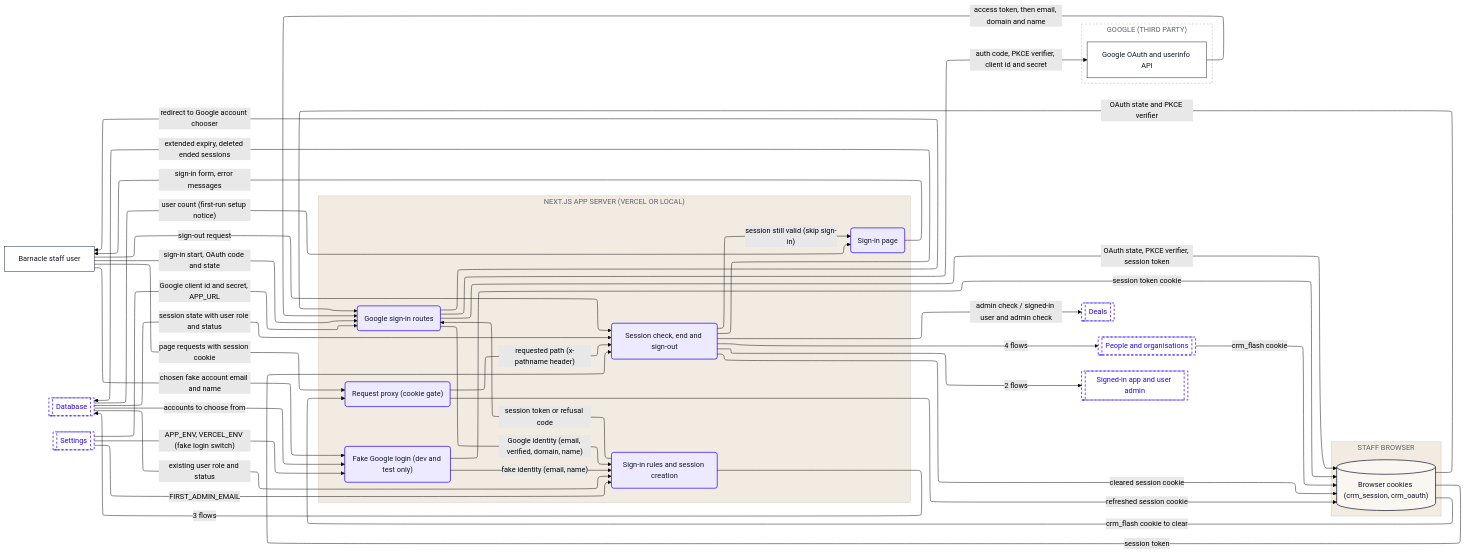
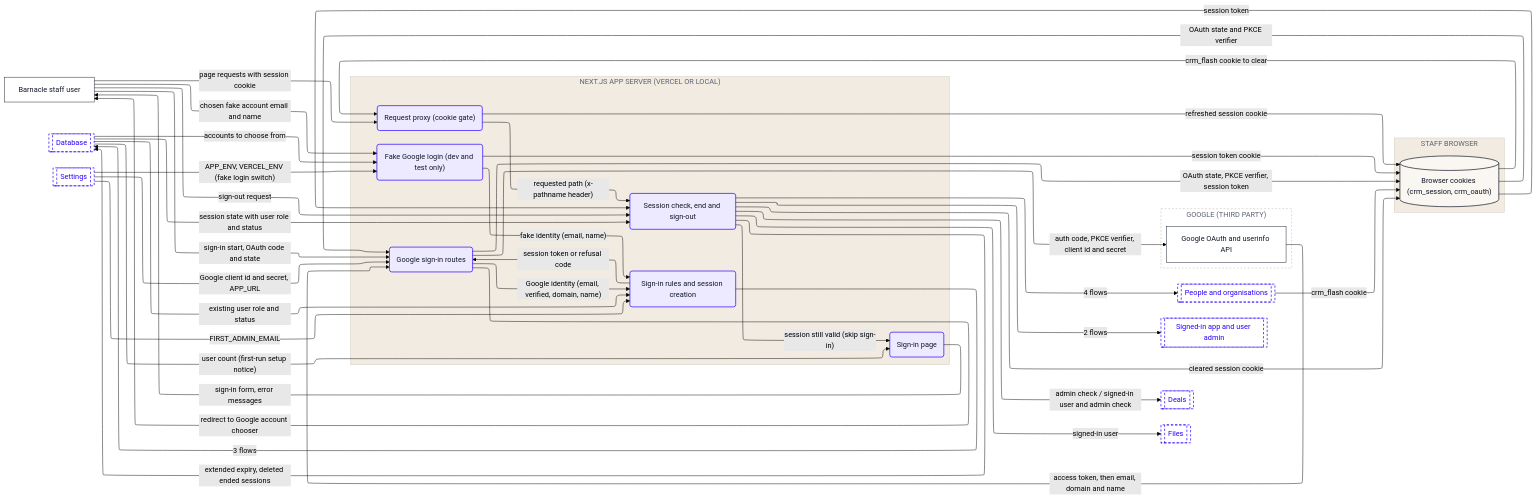
Before and after one commit to Romain-Perche/Barnacle-Pipe: the tenth of 11 diagrams in dataflow/DATAFLOW.md, drawn with Mermaid (forest theme). The commit also changed other lines of this file and 10 other files, not shown here.

````diff
--- a/dataflow/DATAFLOW.md
+++ b/dataflow/DATAFLOW.md
@@ -499,73 +576,75 @@
 ```mermaid
 ---
 config:
   layout: elk
 ---
 flowchart LR
     n1["Barnacle staff user"]
     subgraph z1["NEXT.JS APP SERVER (VERCEL OR LOCAL)"]
         n2("Sign-in rules and session creation")
         n3("Fake Google login (dev and test only)")
         n4("Google sign-in routes")
         n5("Request proxy (cookie gate)")
         n6("Session check, end and sign-out")
         n7("Sign-in page")
     end
     subgraph z2["STAFF BROWSER"]
         n8[("Browser cookies (crm_session, crm_oauth)")]
     end
     subgraph z3["GOOGLE (THIRD PARTY)"]
         n9["Google OAuth and userinfo API"]
     end
     n10[["Database"]]
     n11[["Deals"]]
-    n12[["People and organisations"]]
-    n13[["Settings"]]
-    n14[["Signed-in app and user admin"]]
+    n12[["Files"]]
+    n13[["People and organisations"]]
+    n14[["Settings"]]
+    n15[["Signed-in app and user admin"]]
     n8 -->|"OAuth state and PKCE verifier"| n4
     n8 -->|"crm_flash cookie to clear"| n5
     n8 -->|"session token"| n6
     n2 -->|"session token or refusal code"| n4
     n2 -->|"3 flows"| n10
-    n13 -->|"FIRST_ADMIN_EMAIL"| n2
-    n13 -->|"APP_ENV, VERCEL_ENV (fake login switch)"| n3
-    n13 -->|"Google client id and secret, APP_URL"| n4
+    n14 -->|"FIRST_ADMIN_EMAIL"| n2
+    n14 -->|"APP_ENV, VERCEL_ENV (fake login switch)"| n3
+    n14 -->|"Google client id and secret, APP_URL"| n4
     n3 -->|"session token cookie"| n8
     n3 -->|"fake identity (email, name)"| n2
     n4 -->|"OAuth state, PKCE verifier, session token"| n8
     n4 -->|"Google identity (email, verified, domain, name)"| n2
     n4 -->|"auth code, PKCE verifier, client id and secret"| n9
     n4 -->|"redirect to Google account chooser"| n1
     n9 -->|"access token, then email, domain and name"| n4
     n5 -->|"refreshed session cookie"| n8
     n5 -->|"requested path (x-pathname header)"| n6
-    n12 -->|"crm_flash cookie"| n8
-    n6 -->|"4 flows"| n12
-    n6 -->|"2 flows"| n14
+    n13 -->|"crm_flash cookie"| n8
+    n6 -->|"4 flows"| n13
+    n6 -->|"2 flows"| n15
     n6 -->|"cleared session cookie"| n8
     n6 -->|"admin check / signed-in user and admin check"| n11
+    n6 -->|"signed-in user"| n12
     n6 -->|"extended expiry, deleted ended sessions"| n10
     n6 -->|"session still valid (skip sign-in)"| n7
     n10 -->|"session state with user role and status"| n6
     n7 -->|"sign-in form, error messages"| n1
     n1 -->|"chosen fake account email and name"| n3
     n1 -->|"sign-in start, OAuth code and state"| n4
     n1 -->|"page requests with session cookie"| n5
     n1 -->|"sign-out request"| n6
     n10 -->|"existing user role and status"| n2
     n10 -->|"accounts to choose from"| n3
     n10 -->|"user count (first-run setup notice)"| n7
     classDef actor fill:#FFFFFF,stroke:#111827,stroke-width:1px,color:#111827
     classDef process fill:#EDEAFF,stroke:#2B00FF,stroke-width:1.5px,color:#111827
     classDef store fill:#FAF6F1,stroke:#111827,stroke-width:1.5px,color:#111827
     classDef zone fill:#1A1A1A,stroke:#1A1A1A,color:#FFFFFF
     classDef group fill:#2B00FF,stroke:#2B00FF,color:#FFFFFF
     classDef stub fill:#FFFFFF,stroke:#2B00FF,stroke-width:1.5px,stroke-dasharray:5 4,color:#2B00FF
     class n1,n9 actor
     class n2,n3,n4,n5,n6,n7 process
     class n8 store
-    class n10,n11,n12,n13,n14 stub
+    class n10,n11,n12,n13,n14,n15 stub
     style z1 fill:#F1EBE2,stroke:#CFC7BB,color:#5D6270
     style z2 fill:#F1EBE2,stroke:#CFC7BB,color:#5D6270
     style z3 fill:#FFFFFF,stroke:#B9B2A8,stroke-dasharray:4 4,color:#5D6270
 ```
````
